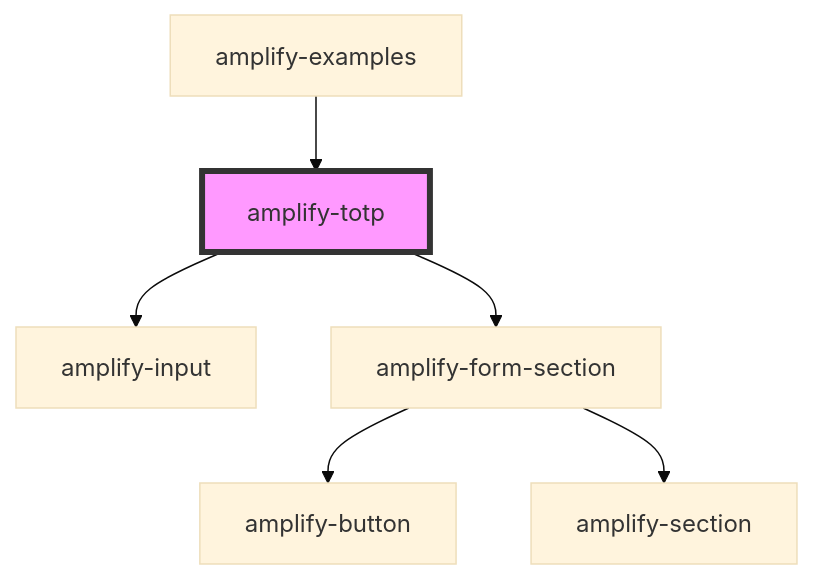
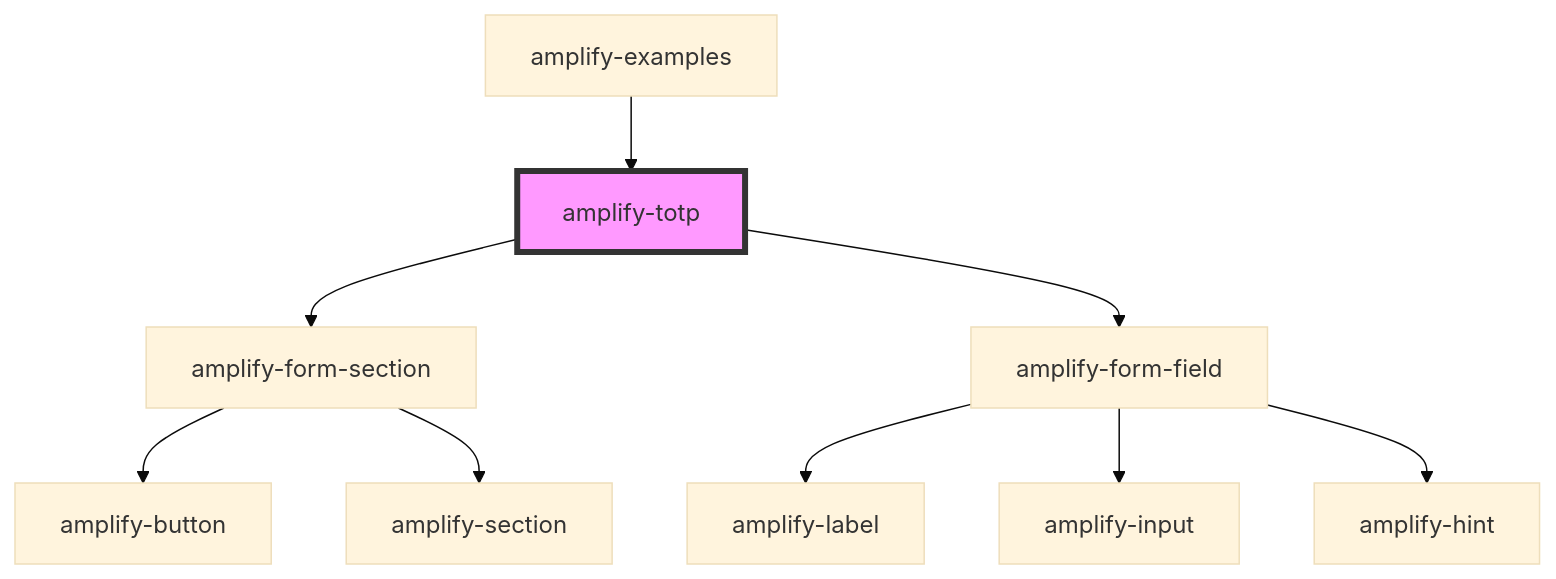
Before and after one commit to aws-amplify/amplify-js: the diagram in packages/amplify-ui-components/src/components/amplify-totp/readme.md, drawn with Mermaid (base theme). The commit also changed other lines of this file and 11 other files, not shown here.

Commit message:
Add unit tests, add totp example to amplify-examples

````diff
--- a/packages/amplify-ui-components/src/components/amplify-totp/readme.md
+++ b/packages/amplify-ui-components/src/components/amplify-totp/readme.md
@@ -30,9 +29,12 @@
 ```mermaid
 graph TD;
-  amplify-totp --> amplify-input
   amplify-totp --> amplify-form-section
+  amplify-totp --> amplify-form-field
   amplify-form-section --> amplify-button
   amplify-form-section --> amplify-section
+  amplify-form-field --> amplify-label
+  amplify-form-field --> amplify-input
+  amplify-form-field --> amplify-hint
   amplify-examples --> amplify-totp
   style amplify-totp fill:#f9f,stroke:#333,stroke-width:4px
 ```
````
